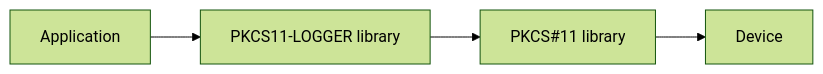
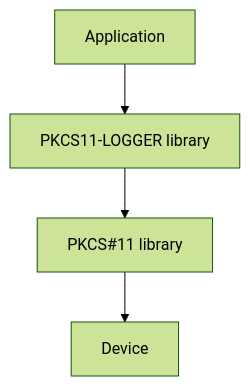
Before and after one commit to Pkcs11Interop/pkcs11-logger: the second of 2 diagrams in README.md, drawn with Mermaid (forest theme). The commit also changed other lines of this file, not shown here.

````diff
--- a/README.md
+++ b/README.md
@@ -37,4 +37,4 @@
 ```mermaid
-flowchart LR
+flowchart TB
     A[Application] --> B[PKCS11-LOGGER library] --> C[PKCS#11 library] --> D[Device]
 ```
````
